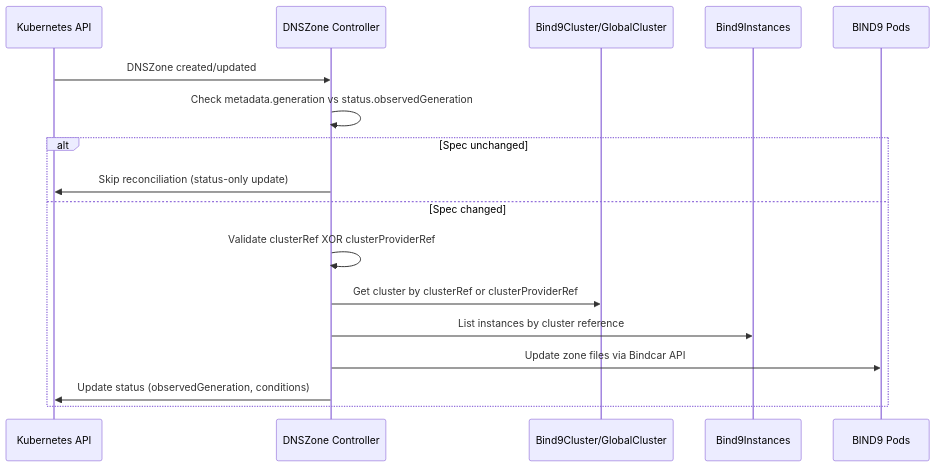
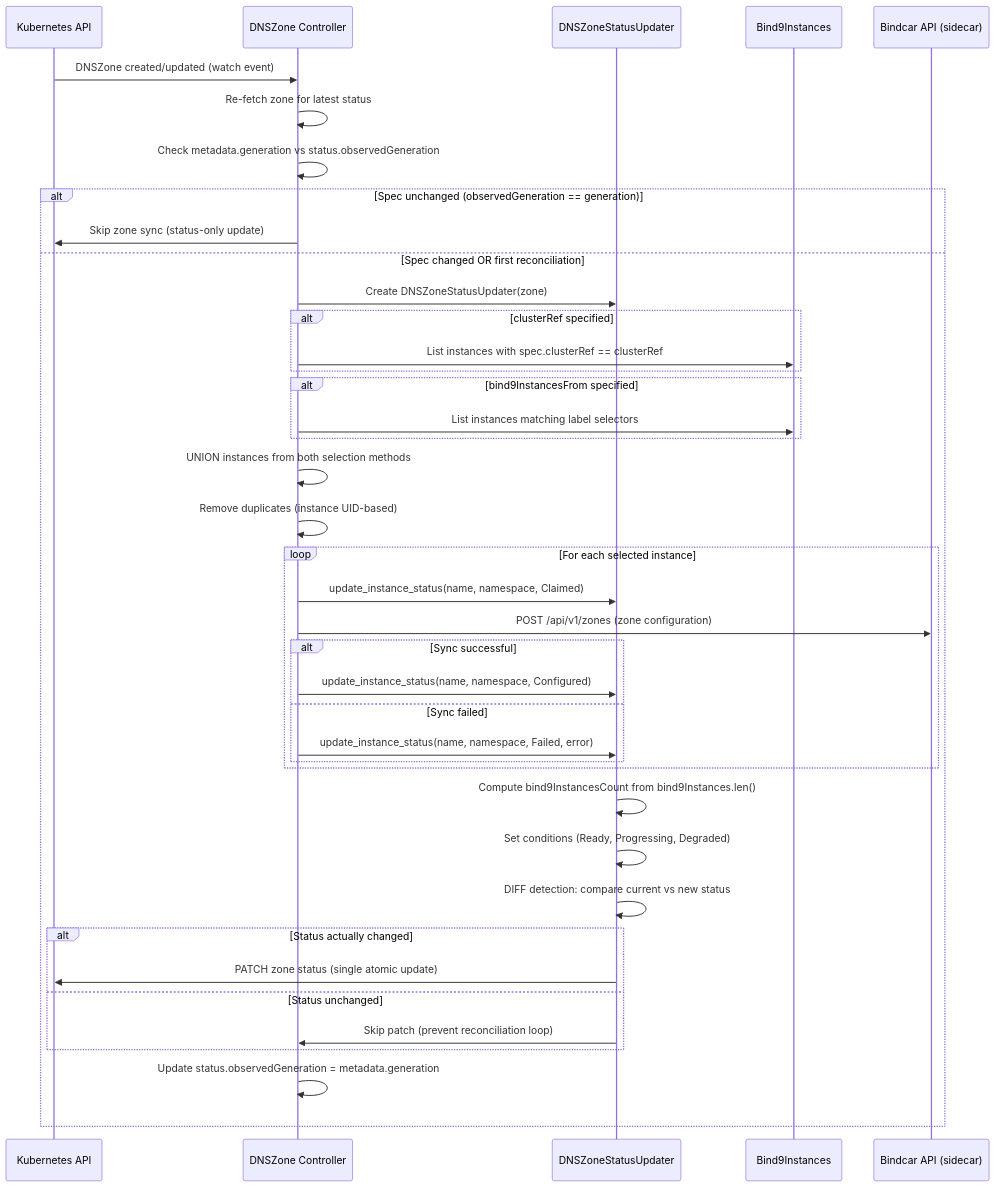
One commit to firestoned/bindy changed the fourth of 9 diagrams in docs/src/guide/architecture.md. Above: the diagram before and after it, drawn with Mermaid. The commit also changed other lines of this file and 125 other files, not shown here.

Commit message:
Fix the zonesFrom to be more event-driven based on watches not polling. (#72)

````diff
--- a/docs/src/guide/architecture.md
+++ b/docs/src/guide/architecture.md
@@ -182,20 +203,51 @@
 ```mermaid
 sequenceDiagram
     participant K8s as Kubernetes API
-    participant Controller as DNSZone Controller
-    participant Cluster as Bind9Cluster/GlobalCluster
+    participant ZoneCtrl as DNSZone Controller
+    participant StatusUpd as DNSZoneStatusUpdater
     participant Instances as Bind9Instances
-    participant BIND9 as BIND9 Pods
+    participant Bindcar as Bindcar API (sidecar)
 
-    K8s->>Controller: DNSZone created/updated
-    Controller->>Controller: Check metadata.generation vs status.observedGeneration
-    alt Spec unchanged
-        Controller->>K8s: Skip reconciliation (status-only update)
-    else Spec changed
-        Controller->>Controller: Validate clusterRef XOR clusterProviderRef
-        Controller->>Cluster: Get cluster by clusterRef or clusterProviderRef
-        Controller->>Instances: List instances by cluster reference
-        Controller->>BIND9: Update zone files via Bindcar API
-        Controller->>K8s: Update status (observedGeneration, conditions)
+    K8s->>ZoneCtrl: DNSZone created/updated (watch event)
+    ZoneCtrl->>ZoneCtrl: Re-fetch zone for latest status
+    ZoneCtrl->>ZoneCtrl: Check metadata.generation vs status.observedGeneration
+
+    alt Spec unchanged (observedGeneration == generation)
+        ZoneCtrl->>K8s: Skip zone sync (status-only update)
+    else Spec changed OR first reconciliation
+        ZoneCtrl->>StatusUpd: Create DNSZoneStatusUpdater(zone)
+
+        alt clusterRef specified
+            ZoneCtrl->>Instances: List instances with spec.clusterRef == clusterRef
+        end
+
+        alt bind9InstancesFrom specified
+            ZoneCtrl->>Instances: List instances matching label selectors
+        end
+
+        ZoneCtrl->>ZoneCtrl: UNION instances from both selection methods
+        ZoneCtrl->>ZoneCtrl: Remove duplicates (instance UID-based)
+
+        loop For each selected instance
+            ZoneCtrl->>StatusUpd: update_instance_status(name, namespace, Claimed)
+            ZoneCtrl->>Bindcar: POST /api/v1/zones (zone configuration)
+            alt Sync successful
+                ZoneCtrl->>StatusUpd: update_instance_status(name, namespace, Configured)
+            else Sync failed
+                ZoneCtrl->>StatusUpd: update_instance_status(name, namespace, Failed, error)
+            end
+        end
+
+        StatusUpd->>StatusUpd: Compute bind9InstancesCount from bind9Instances.len()
+        StatusUpd->>StatusUpd: Set conditions (Ready, Progressing, Degraded)
+        StatusUpd->>StatusUpd: DIFF detection: compare current vs new status
+
+        alt Status actually changed
+            StatusUpd->>K8s: PATCH zone status (single atomic update)
+        else Status unchanged
+            StatusUpd->>ZoneCtrl: Skip patch (prevent reconciliation loop)
+        end
+
+        ZoneCtrl->>ZoneCtrl: Update status.observedGeneration = metadata.generation
     end
 ```
````
